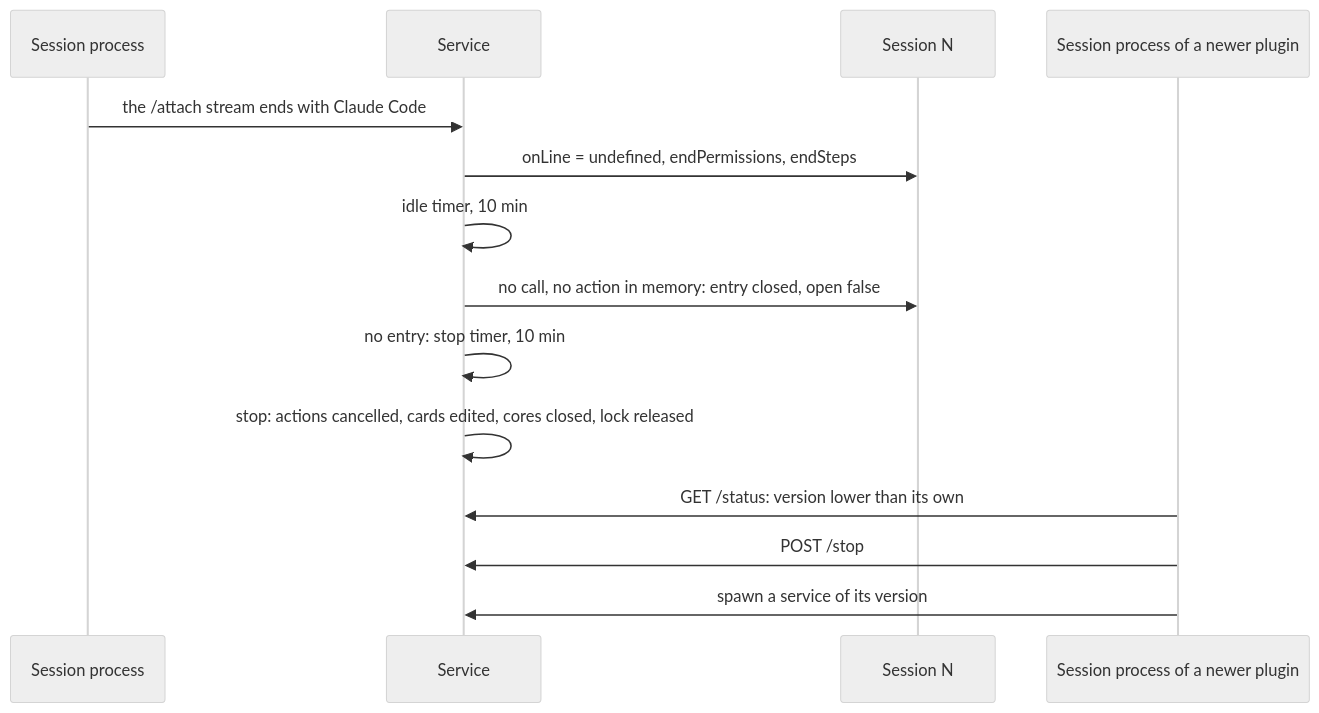
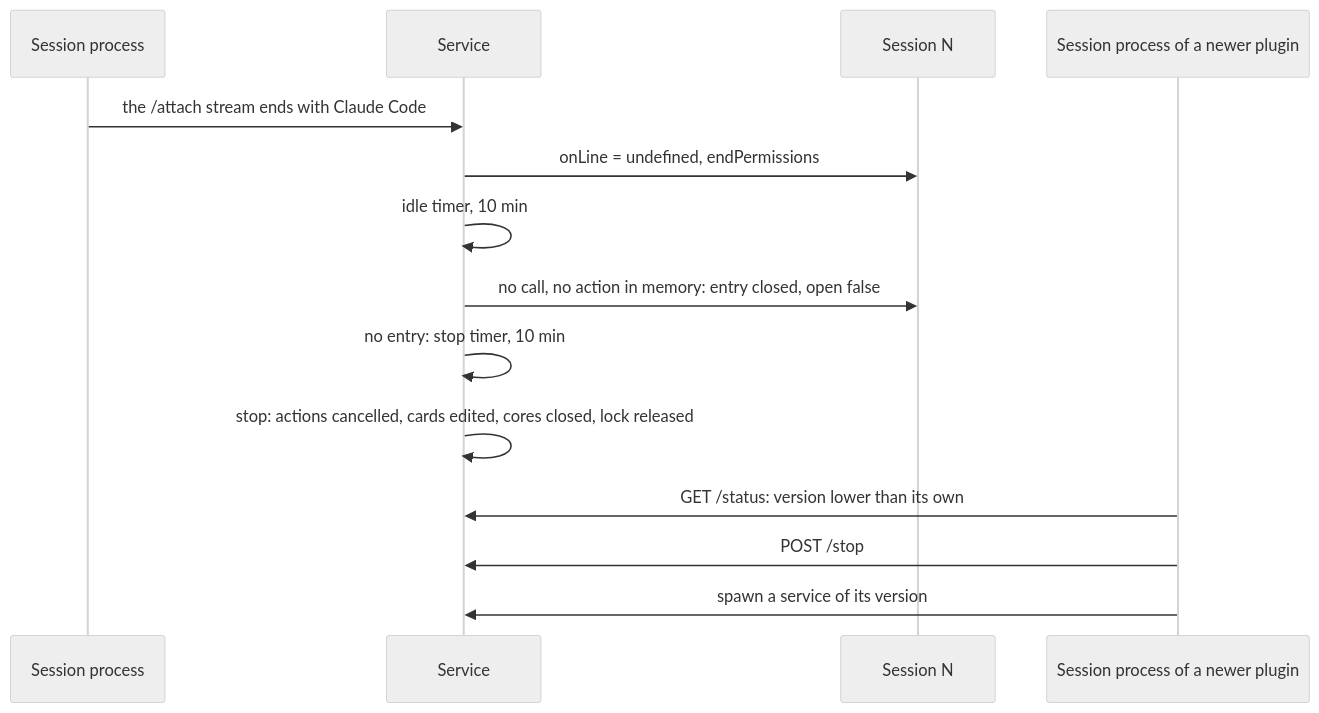
Diagram 26 of 31 in packages/simplex-chat-mcp/spec/flows.md (Narasimha-sc/simplex-chat), drawn with Mermaid (neutral theme) before and after one commit. The commit also changed other lines of this file and 68 other files, not shown here.

````diff
--- a/packages/simplex-chat-mcp/spec/flows.md
+++ b/packages/simplex-chat-mcp/spec/flows.md
@@ -1187,16 +1185,16 @@
 ```mermaid
 sequenceDiagram
   participant S as Session process
   participant D as Service
   participant N as Session N
   participant S2 as Session process of a newer plugin
   S->>D: the /attach stream ends with Claude Code
-  D->>N: onLine = undefined, endPermissions, endSteps
+  D->>N: onLine = undefined, endPermissions
   D->>D: idle timer, 10 min
   D->>N: no call, no action in memory: entry closed, open false
   D->>D: no entry: stop timer, 10 min
   D->>D: stop: actions cancelled, cards edited, cores closed, lock released
   S2->>D: GET /status: version lower than its own
   S2->>D: POST /stop
   S2->>D: spawn a service of its version
 ```
````
